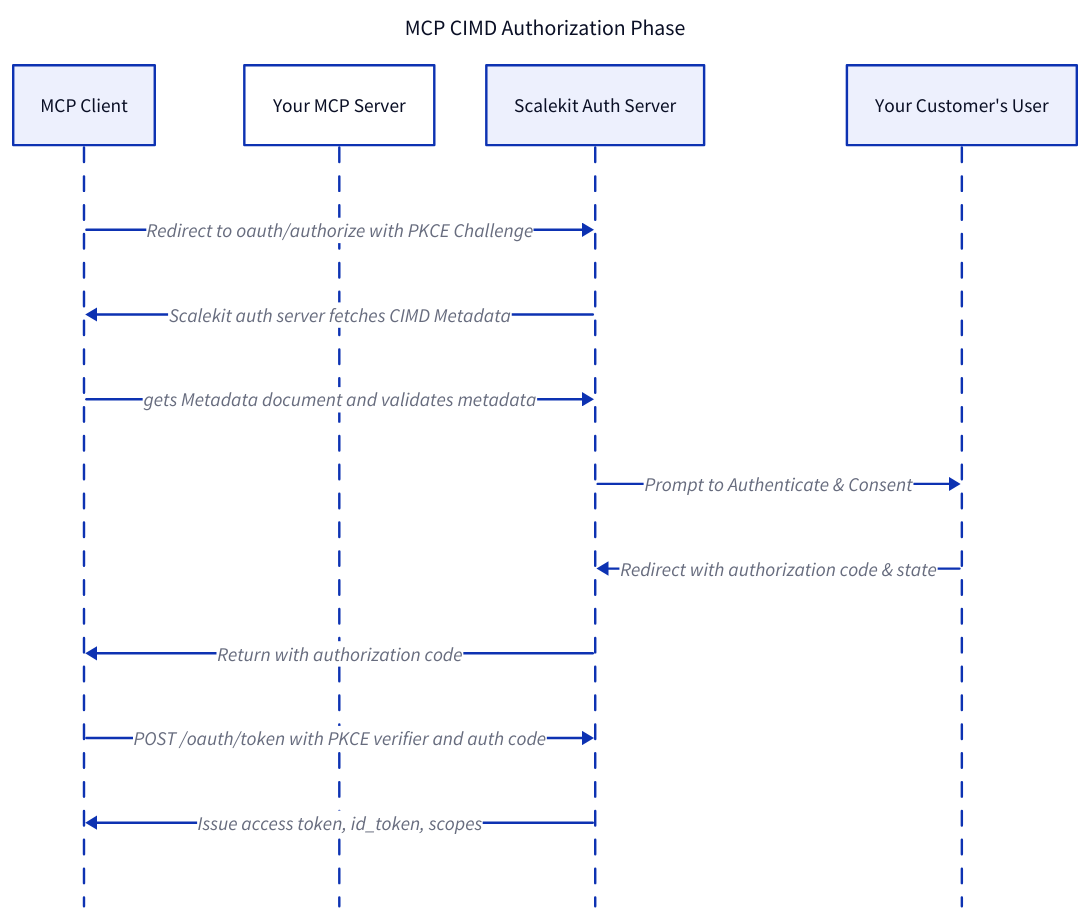
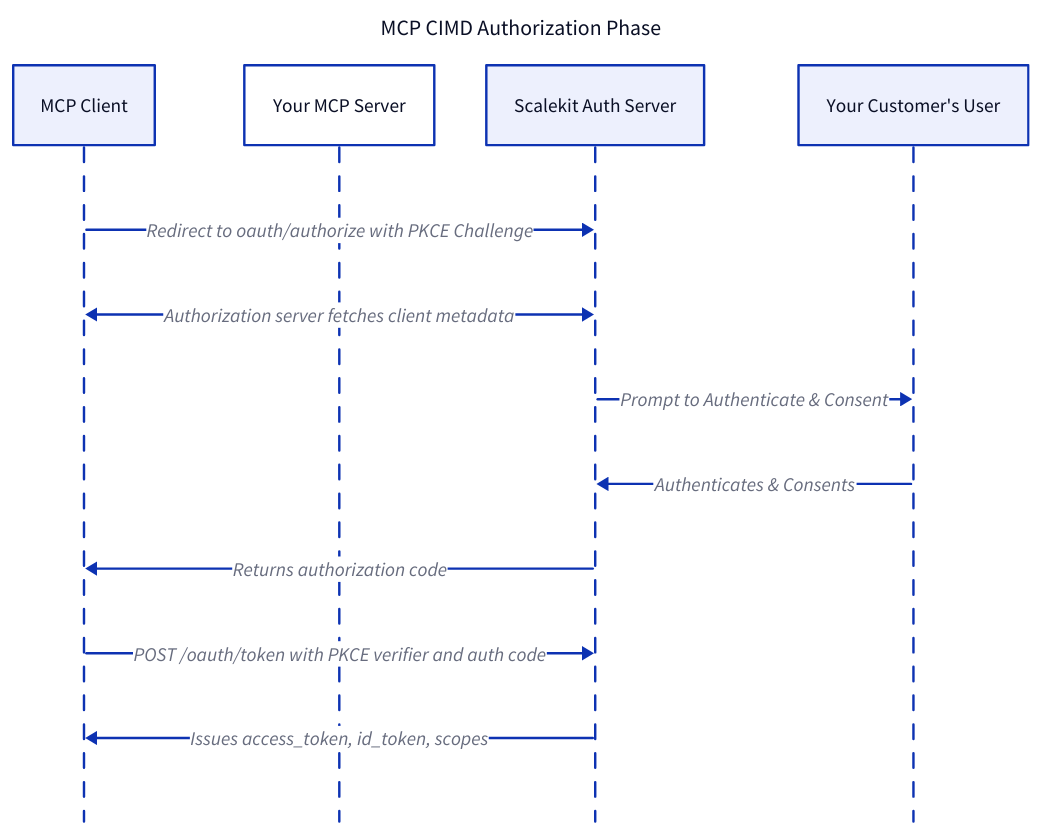
Before and after one commit to scalekit-inc/developer-docs: the third of 4 diagrams in src/content/docs/authenticate/mcp/overview.mdx, drawn with D2. The commit also changed other lines of this file and 8 other files, not shown here.

````diff
--- a/src/content/docs/authenticate/mcp/overview.mdx
+++ b/src/content/docs/authenticate/mcp/overview.mdx
@@ -187,23 +139,22 @@
 ```d2 pad=36
 title: "MCP CIMD Authorization Phase" {
   near: top-center
   shape: text
   style.font-size: 18
 }
 
 shape: sequence_diagram
 
 MCP Client
 Your MCP Server
 Scalekit Auth Server
 Your Customer's User
 
 MCP Client -> Scalekit Auth Server: Redirect to oauth/authorize with PKCE Challenge
-Scalekit Auth Server -> MCP Client: Scalekit auth server fetches CIMD Metadata
-MCP Client -> Scalekit Auth Server: gets Metadata document and validates metadata
+MCP Client <-> Scalekit Auth Server: Authorization server fetches client metadata 
 Scalekit Auth Server -> Your Customer's User: Prompt to Authenticate & Consent
-Your Customer's User -> Scalekit Auth Server: Redirect with authorization code & state
-Scalekit Auth Server -> MCP Client: Return with authorization code
+Your Customer's User -> Scalekit Auth Server: Authenticates & Consents
+Scalekit Auth Server -> MCP Client: Returns authorization code
 MCP Client -> Scalekit Auth Server: POST /oauth/token with PKCE verifier and auth code
-Scalekit Auth Server -> MCP Client: Issue access token, id_token, scopes 
+Scalekit Auth Server -> MCP Client: Issues access_token, id_token, scopes 
 ```
````
